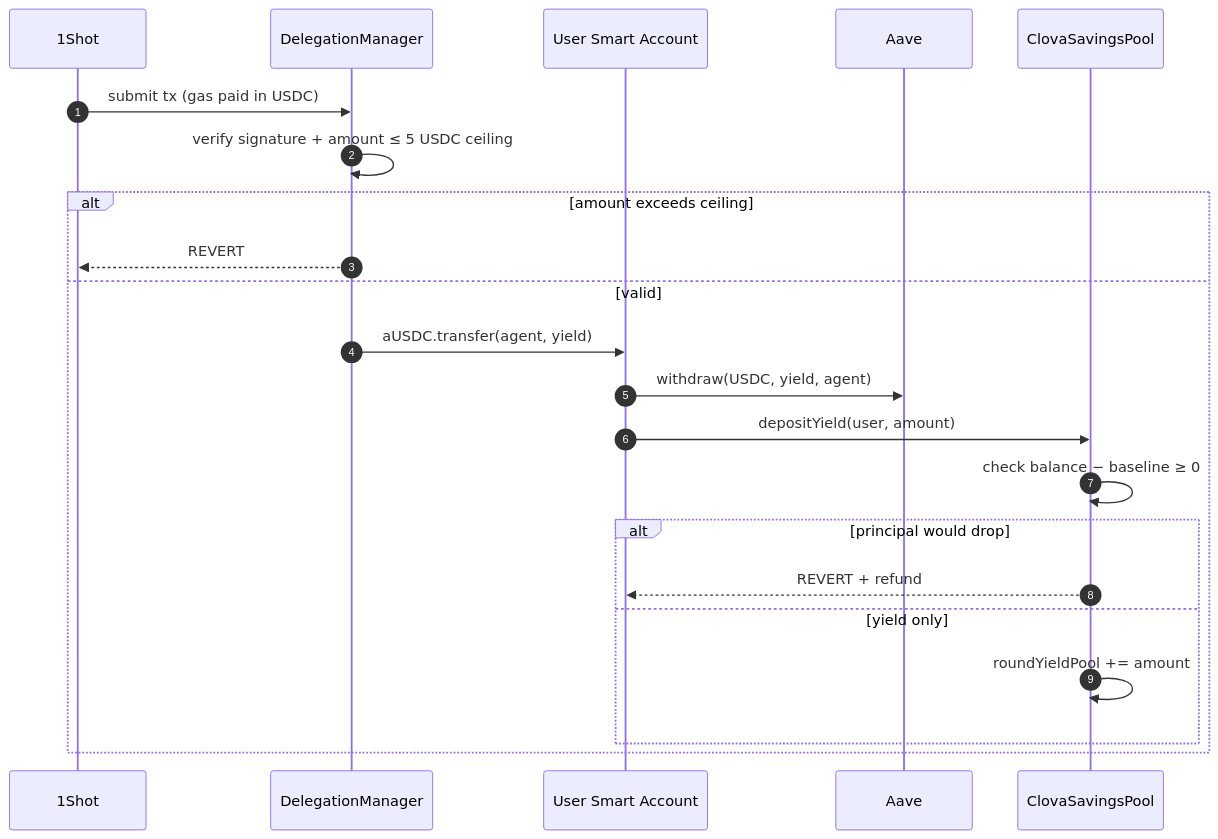
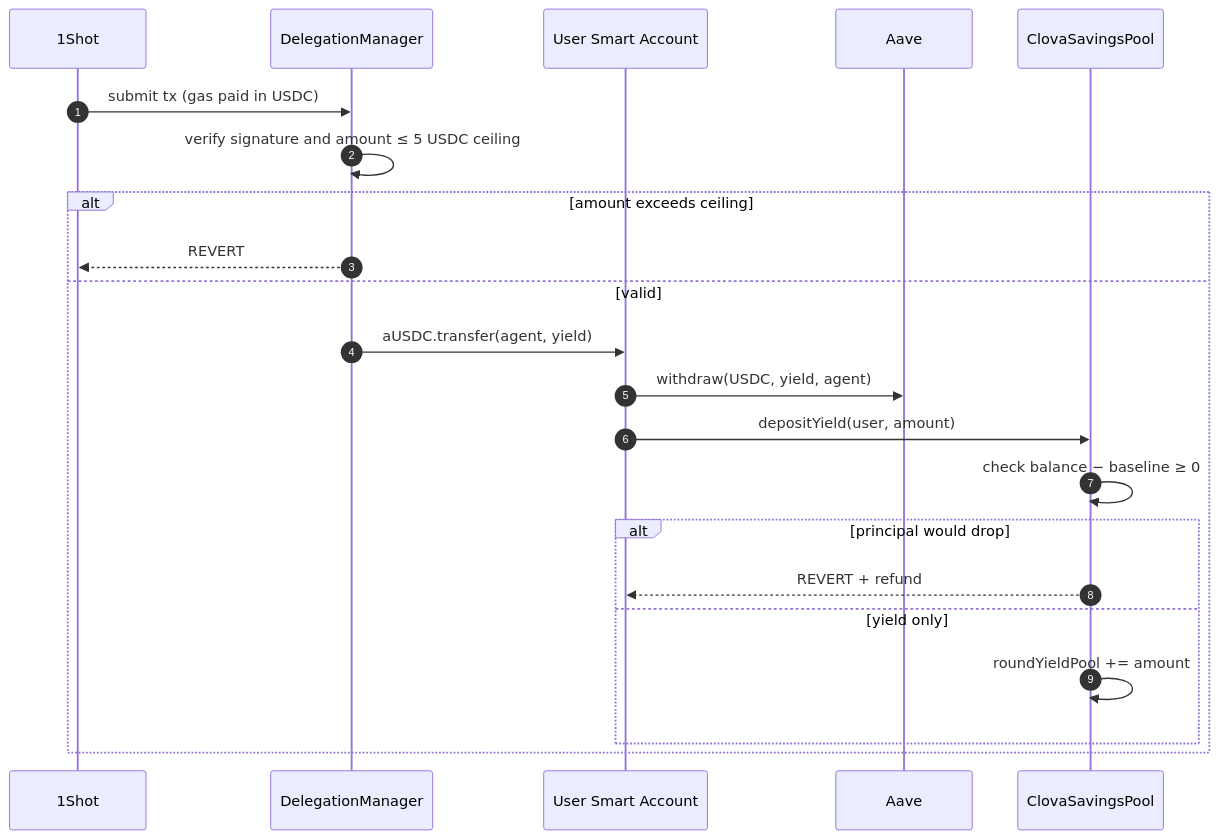
The second of 3 diagrams in docs/delegation.md (ClovaRepo/frontend), drawn with Mermaid before and after one commit. The commit also changed other lines of this file and 8 other files, not shown here.

First line of the commit message:
docs: harden mermaid for GitBook renderer

````diff
--- a/docs/delegation.md
+++ b/docs/delegation.md
@@ -184,25 +184,25 @@
 ```mermaid
 sequenceDiagram
   autonumber
   participant 1Shot
   participant DM as DelegationManager
   participant SA as User Smart Account
   participant Aave
   participant Pool as ClovaSavingsPool
 
   1Shot->>DM: submit tx (gas paid in USDC)
-  DM->>DM: verify signature + amount ≤ 5 USDC ceiling
+  DM->>DM: verify signature and amount ≤ 5 USDC ceiling
   alt amount exceeds ceiling
     DM-->>1Shot: REVERT
   else valid
     DM->>SA: aUSDC.transfer(agent, yield)
     SA->>Aave: withdraw(USDC, yield, agent)
     SA->>Pool: depositYield(user, amount)
     Pool->>Pool: check balance − baseline ≥ 0
     alt principal would drop
       Pool-->>SA: REVERT + refund
     else yield only
       Pool->>Pool: roundYieldPool += amount
     end
   end
 ```
````
